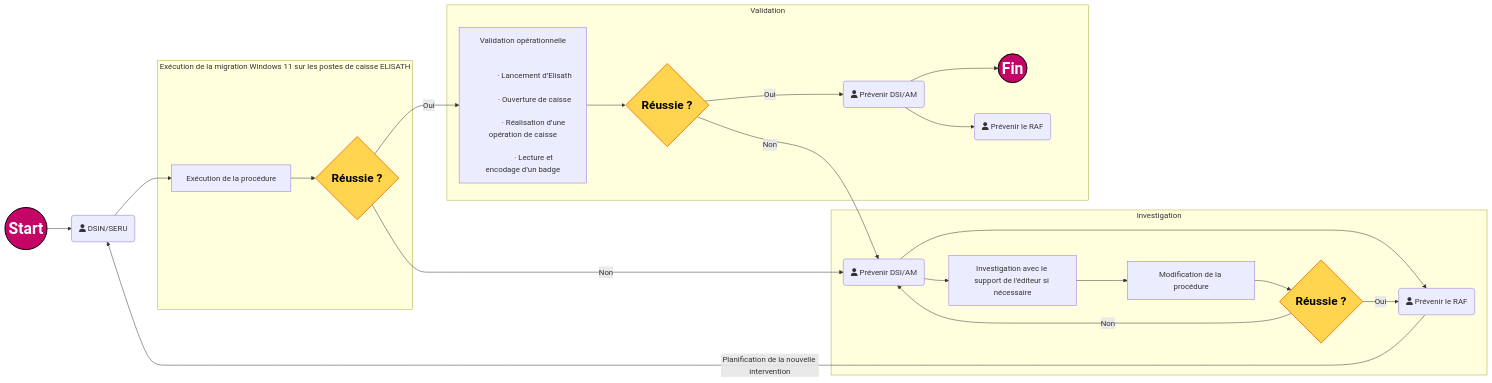
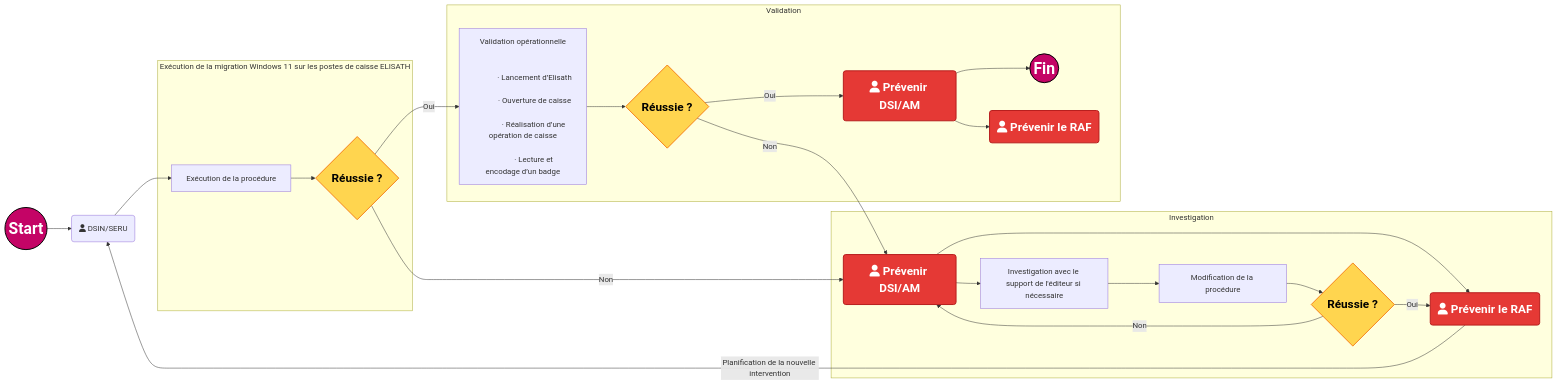
The diagram in all/Flux de validation.md (fdadda/iodraw-files), drawn with Mermaid before and after one commit.

Commit message:
2026-05-12 11:49:35 update

````diff
--- a/all/Flux de validation.md
+++ b/all/Flux de validation.md
@@ -1,61 +1,61 @@
 ```mermaid
 flowchart LR
 
     start((Start)) --> A
     A(fa:fa-user DSIN/SERU) --> B[Exécution de la procédure]
 
     subgraph Exécution de la migration Windows 11 sur les postes de caisse ELISATH
         B --> C{Réussie ?}
     end
 
     subgraph Validation
         C -->|Oui| D["Validation opérationnelle<br/><br/>
             · Lancement d’Elisath<br/>
             · Ouverture de caisse<br/>
             · Réalisation d’une opération de caisse<br/>
             · Lecture et encodage d’un badge"]
 
         D --> Val{Réussie ?}
 
         Val -->|Oui| PrevDSI(fa:fa-user Prévenir DSI/AM)
        
         PrevDSI --> fin((Fin))
         PrevDSI  --> PrevRAF(fa:fa-user Prévenir le RAF)
     end
     Val --> |Non| E
     subgraph Investigation
         C -->|Non| E(fa:fa-user Prévenir DSI/AM)
         E --> F(fa:fa-user Prévenir le RAF)
         E --> G[Investigation avec le support de l'éditeur si nécessaire]
         G --> H[Modification de la procédure]
         H --> I{Réussie ?}
         I -->|Oui| F
         I -->|Non| E
     end
 
     F -->|Planification de la nouvelle intervention| A
 
     %% --- STYLES ---
     classDef StartEndPoint fill:#c40466,stroke:#000,color:#fff,stroke-width:2px,font-size:32px,font-weight:bold;
     classDef Decision      fill:#ffd54f,stroke:#f57f17,color:#000,stroke-width:2px,font-size:24px,font-weight:bold;
     classDef Action      fill:#ffd54f,stroke:#f57f17,color:#000,stroke-width:2px,font-size:24px,font-weight:bold;
     classDef Error         fill:#e53935,stroke:#b71c1c,color:#fff,stroke-width:2px,font-size:24px,font-weight:bold;
 
     %% --- AFFECTATION DES CLASSES ---
     class start,fin StartEndPoint;
     class C,I,Val Decision;
-    class E,F,PrevDSI,PrevRAF error;
-
+    class E,F,PrevDSI,PrevRAF Error;
+    
     %% --- “CEINTURE + BRETELLES” (force le style sur les 2 nœuds) ---
     %%style start font-size:32px,font-weight:bold
     %%style fin   font-size:32px,font-weight:bold
 
     %% --- Codes couleur (commentaires) ---
     %% Bleu marine #000080
     %% Midnight blue #191970
     %% Bleu foncé intense #080F70
     %% Bleu foncé moderne #111184
     %% Orange #ffd54f
     %% Rouge #e53935
     %% Rose CAPI #c40466
 ```
````
